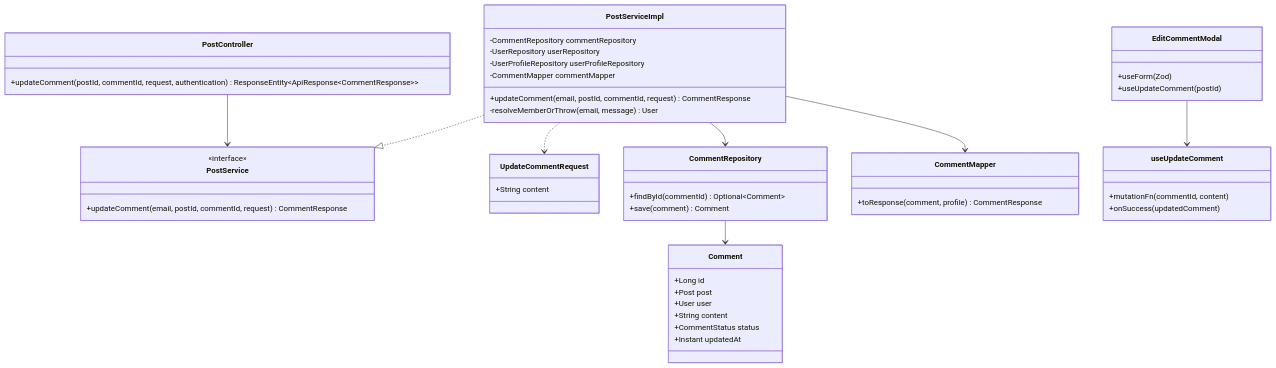
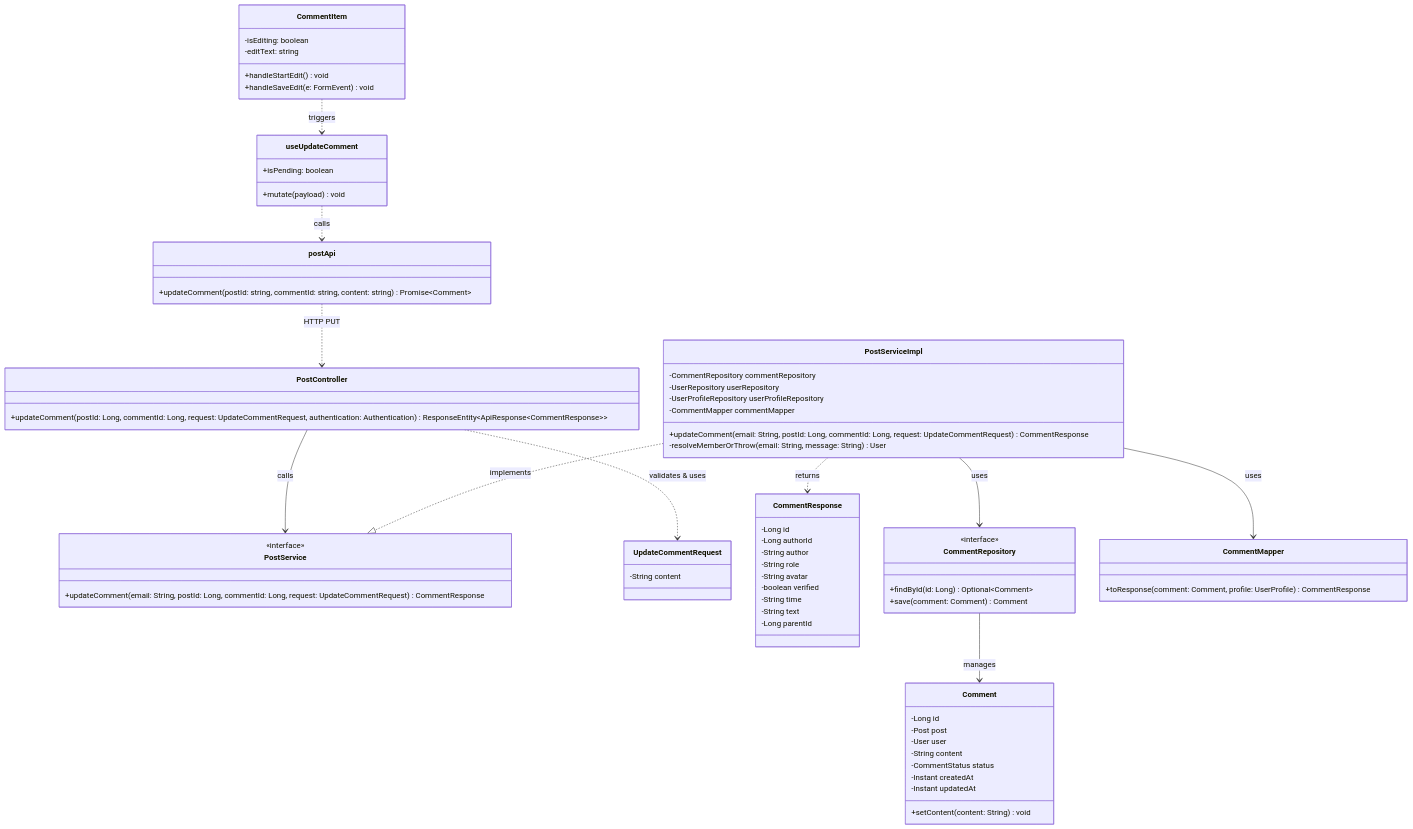
The second of 3 diagrams in docs/update_SRS/SRS_UC_19_EditComment.md (Alumnect/Alumnect), drawn with Mermaid before and after one commit. The commit also changed other lines of this file, not shown here.

Commit message:
docs(srs): synchronize SRS_UC_19_EditComment with actual codebase

````diff
--- a/docs/update_SRS/SRS_UC_19_EditComment.md
+++ b/docs/update_SRS/SRS_UC_19_EditComment.md
@@ -109,51 +158,89 @@
 ```mermaid
 classDiagram
+    %% Controller Layer
     class PostController {
-        +updateComment(postId, commentId, request, authentication) ResponseEntity~ApiResponse~CommentResponse~~
+        +updateComment(postId: Long, commentId: Long, request: UpdateCommentRequest, authentication: Authentication) ResponseEntity~ApiResponse~CommentResponse~~
     }
+
+    %% Service Layer
     class PostService {
         <<interface>>
-        +updateComment(email, postId, commentId, request) CommentResponse
+        +updateComment(email: String, postId: Long, commentId: Long, request: UpdateCommentRequest) CommentResponse
     }
+
     class PostServiceImpl {
         -CommentRepository commentRepository
         -UserRepository userRepository
         -UserProfileRepository userProfileRepository
         -CommentMapper commentMapper
-        +updateComment(email, postId, commentId, request) CommentResponse
-        -resolveMemberOrThrow(email, message) User
+        +updateComment(email: String, postId: Long, commentId: Long, request: UpdateCommentRequest) CommentResponse
+        -resolveMemberOrThrow(email: String, message: String) User
     }
+
+    %% DTO Layer
     class UpdateCommentRequest {
-        +String content
+        -String content
     }
+
+    class CommentResponse {
+        -Long id
+        -Long authorId
+        -String author
+        -String role
+        -String avatar
+        -boolean verified
+        -String time
+        -String text
+        -Long parentId
+    }
+
+    %% Repository & Entity Layer
     class CommentRepository {
-        +findById(commentId) Optional~Comment~
-        +save(comment) Comment
+        <<interface>>
+        +findById(id: Long) Optional~Comment~
+        +save(comment: Comment) Comment
     }
+
     class Comment {
-        +Long id
-        +Post post
-        +User user
-        +String content
-        +CommentStatus status
-        +Instant updatedAt
+        -Long id
+        -Post post
+        -User user
+        -String content
+        -CommentStatus status
+        -Instant createdAt
+        -Instant updatedAt
+        +setContent(content: String) void
     }
+
     class CommentMapper {
-        +toResponse(comment, profile) CommentResponse
+        +toResponse(comment: Comment, profile: UserProfile) CommentResponse
     }
-    class EditCommentModal {
-        +useForm(Zod)
-        +useUpdateComment(postId)
+
+    %% Frontend Components & Hooks
+    class CommentItem {
+        -isEditing: boolean
+        -editText: string
+        +handleStartEdit() void
+        +handleSaveEdit(e: FormEvent) void
     }
+
     class useUpdateComment {
-        +mutationFn(commentId, content)
-        +onSuccess(updatedComment)
+        +mutate(payload) void
+        +isPending: boolean
     }
-    PostController --> PostService
-    PostServiceImpl ..|> PostService
-    PostServiceImpl --> CommentRepository
-    PostServiceImpl --> CommentMapper
-    PostServiceImpl ..> UpdateCommentRequest
-    CommentRepository --> Comment
-    EditCommentModal --> useUpdateComment
+
+    class postApi {
+        +updateComment(postId: string, commentId: string, content: string) Promise~Comment~
+    }
+
+    PostController --> PostService : calls
+    PostServiceImpl ..|> PostService : implements
+    PostController ..> UpdateCommentRequest : validates & uses
+    PostServiceImpl --> CommentRepository : uses
+    PostServiceImpl --> CommentMapper : uses
+    CommentRepository --> Comment : manages
+    PostServiceImpl ..> CommentResponse : returns
+    CommentItem ..> useUpdateComment : triggers
+    useUpdateComment ..> postApi : calls
+    postApi ..> PostController : HTTP PUT
 ```
````
